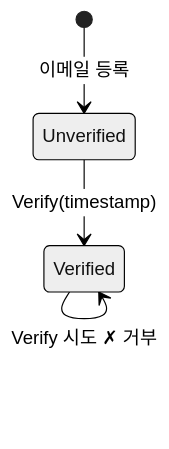
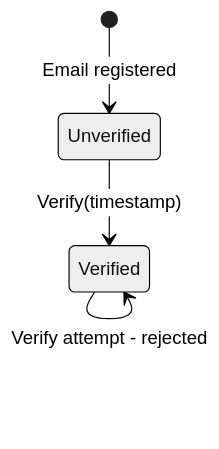
Before and after one commit to hhko/Functorium: the first of 2 diagrams in Docs.Site/src/content/docs/samples/designing-with-types/domain/01-type-design-decisions.md, drawn with Mermaid (neutral theme). The commit also changed other lines of this file and 11 other files, not shown here.

````diff
--- a/Docs.Site/src/content/docs/samples/designing-with-types/domain/01-type-design-decisions.md
+++ b/Docs.Site/src/content/docs/samples/designing-with-types/domain/01-type-design-decisions.md
@@ -113,6 +113,6 @@
 ```mermaid
 stateDiagram-v2
-    [*] --> Unverified : 이메일 등록
+    [*] --> Unverified : Email registered
     Unverified --> Verified : Verify(timestamp)
-    Verified --> Verified : Verify 시도 ✗ 거부
+    Verified --> Verified : Verify attempt - rejected
 ```
````
